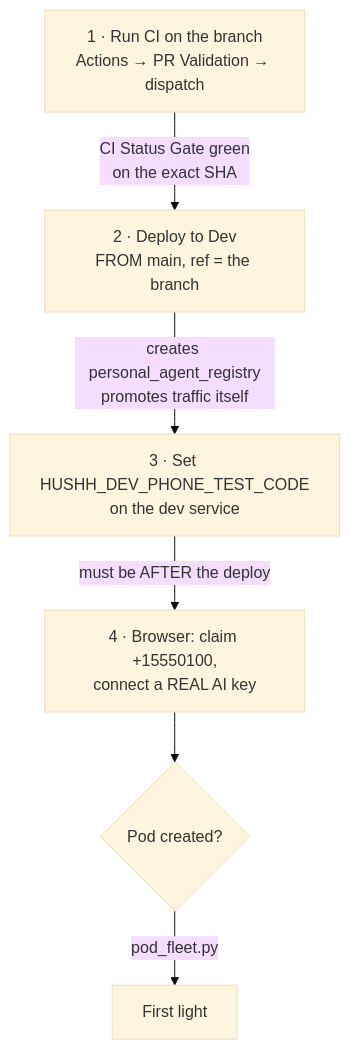
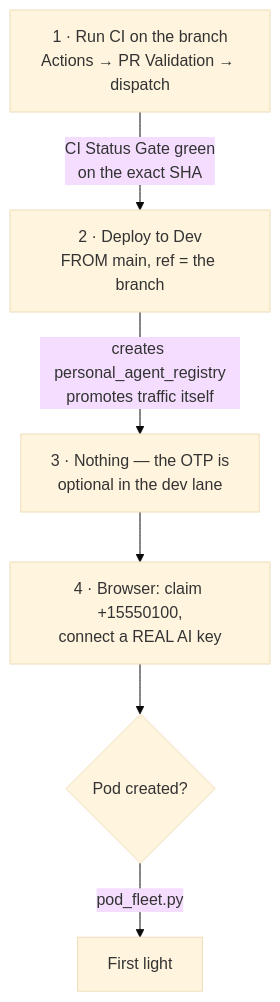
One commit to hushh-labs/hushh-research changed the diagram in docs/reference/operations/dev-pod-first-light-runbook.md. Above: the diagram before and after it, drawn with Mermaid (base theme). The commit also changed other lines of this file and 4 other files, not shown here.

First line of the commit message:
feat(dev): the dev deployment stops requiring phone verification, matching localhost

````diff
--- a/docs/reference/operations/dev-pod-first-light-runbook.md
+++ b/docs/reference/operations/dev-pod-first-light-runbook.md
@@ -13,8 +13,8 @@
 ```mermaid
 flowchart TB
   A["1 · Run CI on the branch<br/>Actions → PR Validation → dispatch"] -->|"CI Status Gate green<br/>on the exact SHA"| B
   B["2 · Deploy to Dev<br/>FROM main, ref = the branch"] -->|"creates personal_agent_registry<br/>promotes traffic itself"| C
-  C["3 · Set HUSHH_DEV_PHONE_TEST_CODE<br/>on the dev service"] -->|"must be AFTER the deploy"| D
+  C["3 · Nothing — the OTP is<br/>optional in the dev lane"] --> D
   D["4 · Browser: claim +15550100,<br/>connect a REAL AI key"] --> E{"Pod created?"}
   E -->|"pod_fleet.py"| F["First light"]
 ```
````
